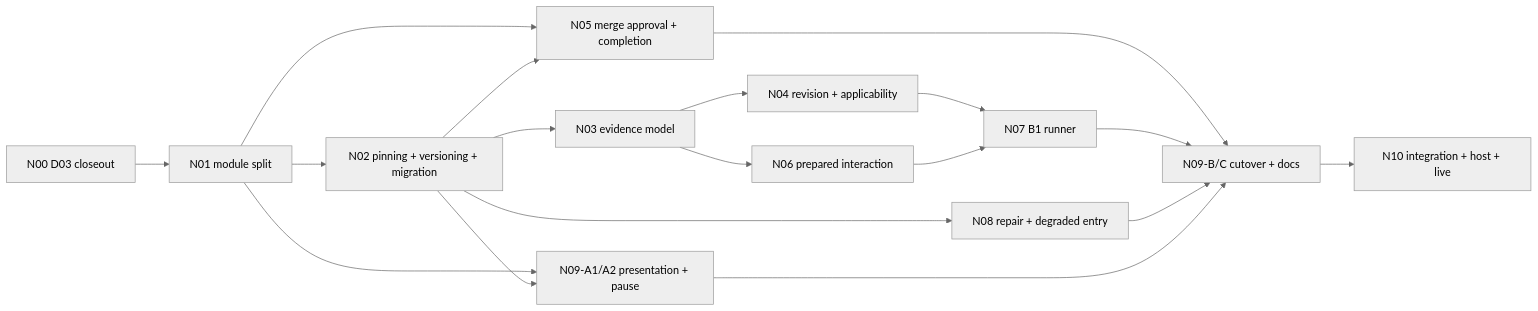
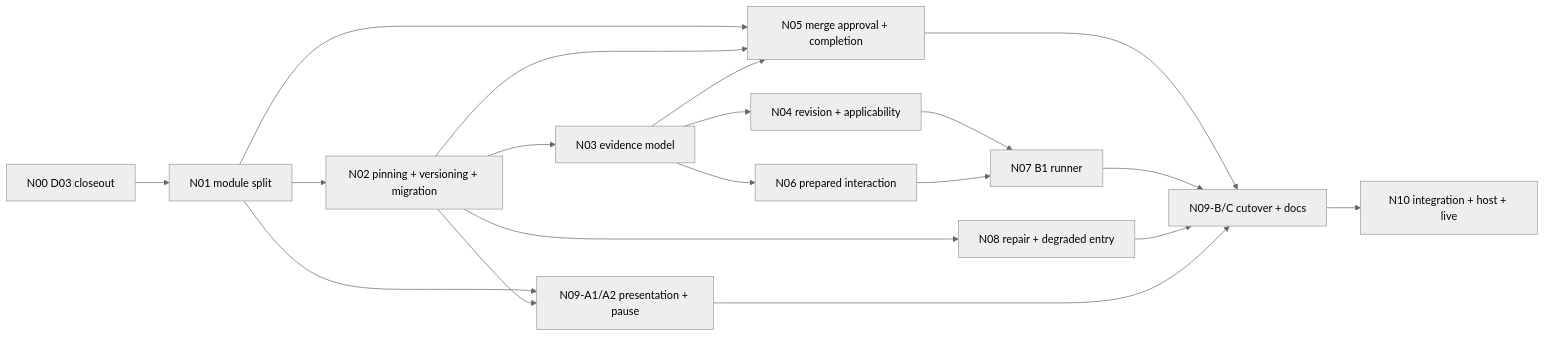
Before and after one commit to maba-pag/owlbear: the diagram in .owlbear/research/delivery-redesign-execution-plan.md, drawn with Mermaid (neutral theme). The commit also changed other lines of this file and 2 other files, not shown here.

````diff
--- a/.owlbear/research/delivery-redesign-execution-plan.md
+++ b/.owlbear/research/delivery-redesign-execution-plan.md
@@ -533,20 +534,21 @@
 ```mermaid
 flowchart LR
   N00[N00 D03 closeout] --> N01[N01 module split]
   N01 --> N02[N02 pinning + versioning + migration]
   N01 --> N05[N05 merge approval + completion]
   N02 --> N03[N03 evidence model]
   N02 --> N05
   N02 --> N08[N08 repair + degraded entry]
   N03 --> N04[N04 revision + applicability]
+  N03 --> N05
   N03 --> N06[N06 prepared interaction]
   N04 --> N07[N07 B1 runner]
   N06 --> N07
   N01 --> N09A[N09-A1/A2 presentation + pause]
   N02 --> N09A
   N05 --> N09B[N09-B/C cutover + docs]
   N07 --> N09B
   N08 --> N09B
   N09A --> N09B
   N09B --> N10[N10 integration + host + live]
 ```
````
